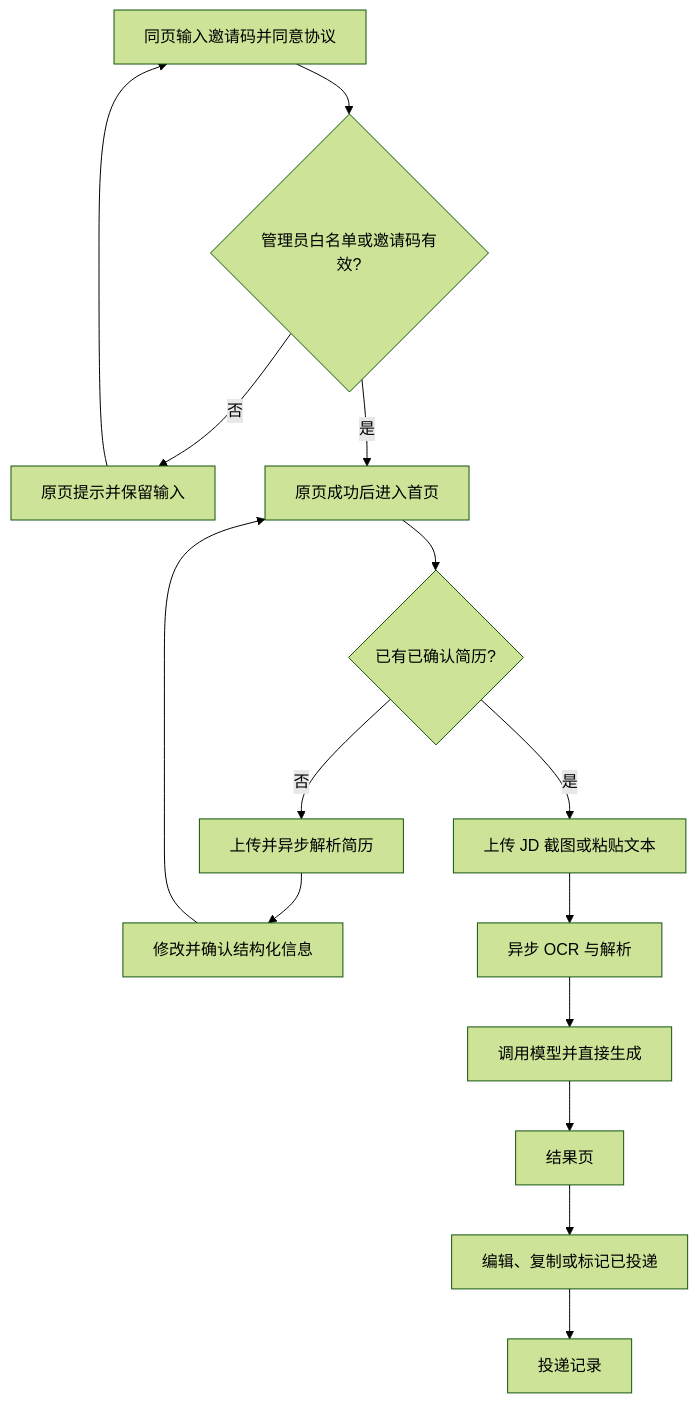
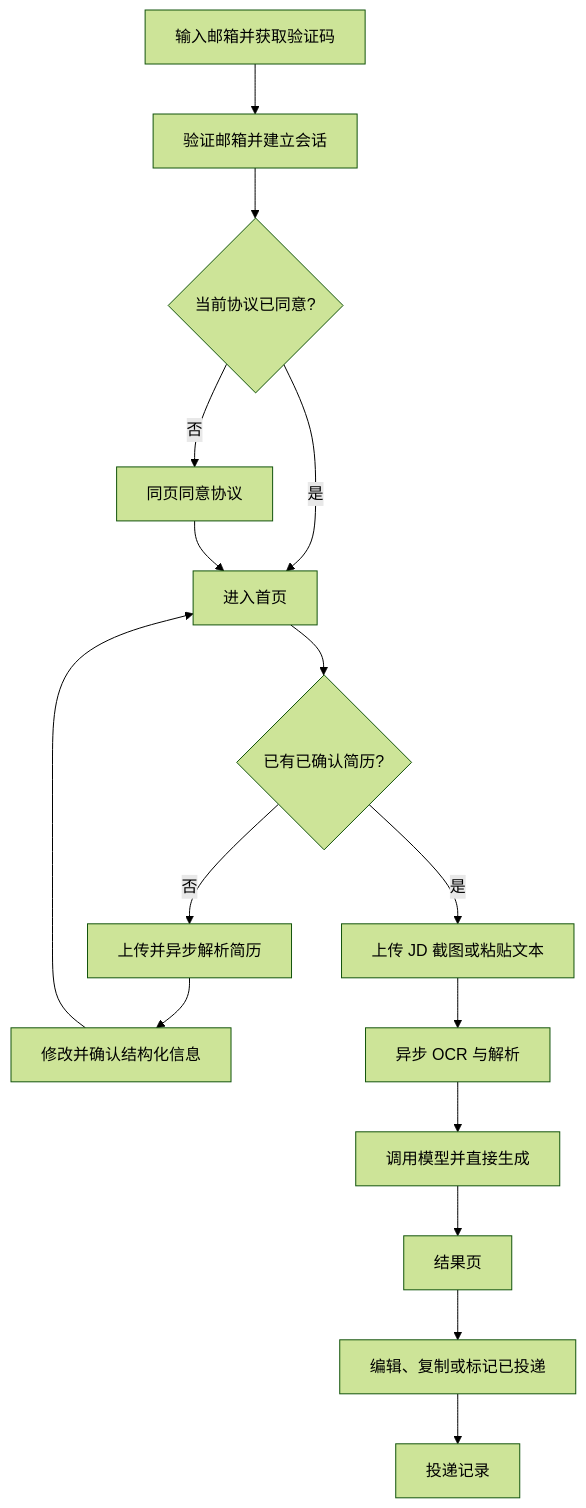
One commit to Yinzhi392/ApplyMate changed the first of 2 diagrams in memory-bank/design-document.md. Above: the diagram before and after it, drawn with Mermaid (forest theme). The commit also changed other lines of this file and 43 other files, not shown here.

````diff
--- a/memory-bank/design-document.md
+++ b/memory-bank/design-document.md
@@ -72,17 +74,18 @@
 ```mermaid
 flowchart TD
-    A[同页输入邀请码并同意协议] --> B{管理员白名单或邀请码有效?}
-    B -- 否 --> C[原页提示并保留输入]
-    B -- 是 --> D[原页成功后进入首页]
-    C --> A
-    D --> E{已有已确认简历?}
-    E -- 否 --> F[上传并异步解析简历]
-    F --> G[修改并确认结构化信息]
-    G --> D
-    E -- 是 --> H[上传 JD 截图或粘贴文本]
-    H --> I[异步 OCR 与解析]
-    I --> L[调用模型并直接生成]
+    A[输入邮箱并获取验证码] --> B[验证邮箱并建立会话]
+    B --> C{当前协议已同意?}
+    C -- 否 --> D[同页同意协议]
+    C -- 是 --> E[进入首页]
+    D --> E
+    E --> F{已有已确认简历?}
+    F -- 否 --> G[上传并异步解析简历]
+    G --> H[修改并确认结构化信息]
+    H --> E
+    F -- 是 --> I[上传 JD 截图或粘贴文本]
+    I --> J[异步 OCR 与解析]
+    J --> L[调用模型并直接生成]
     L --> M[结果页]
     M --> N[编辑、复制或标记已投递]
     N --> O[投递记录]
 ```
````
